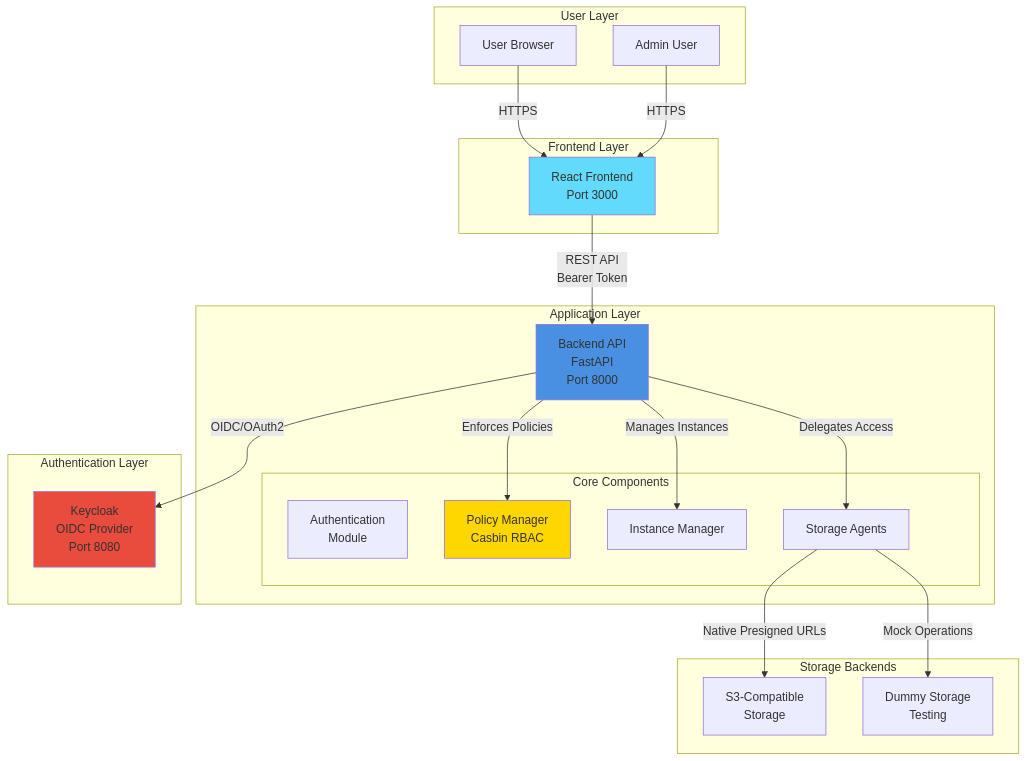
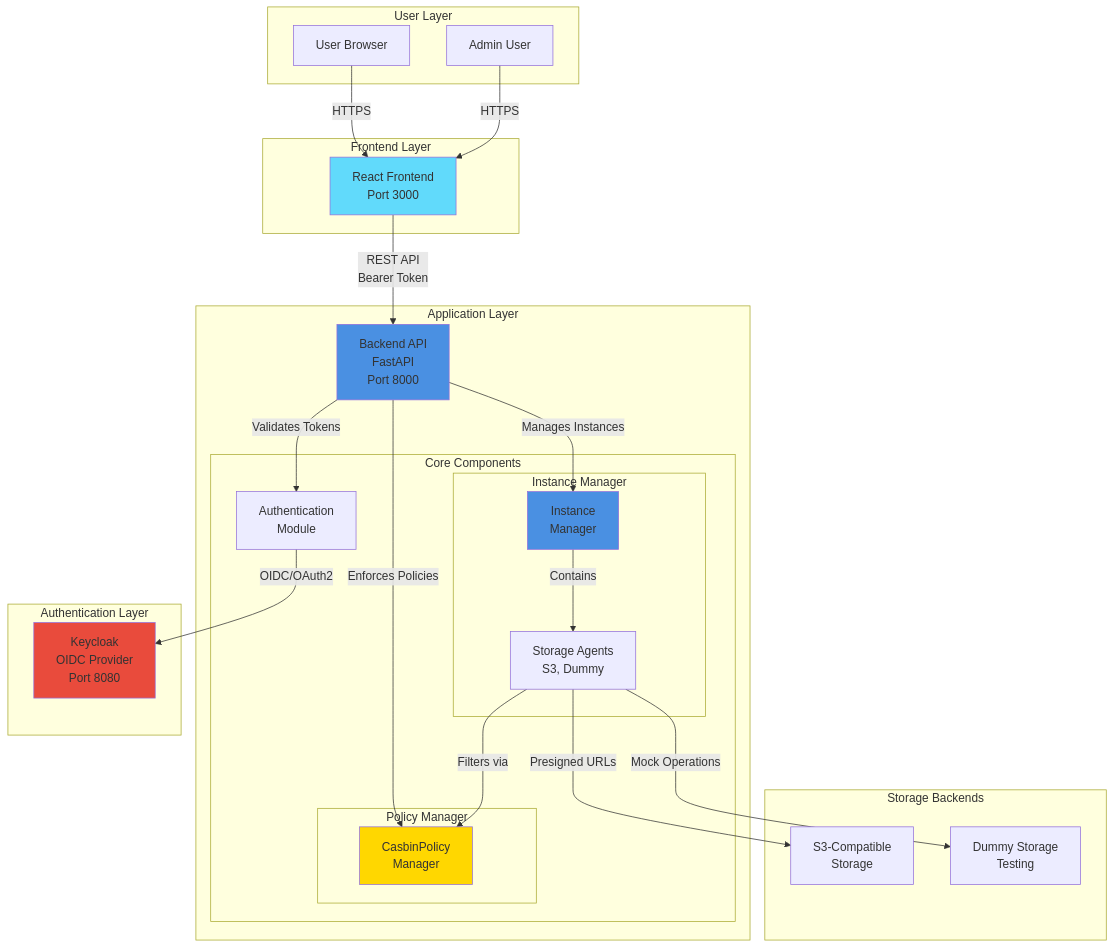
Before and after one commit to INN-SFU/Data-Portal: the first of 5 diagrams in docs/diagrams/component-architecture.md, drawn with Mermaid. The commit also changed other lines of this file and 2 other files, not shown here.

Commit message:
docs: diagram updates

````diff
--- a/docs/diagrams/component-architecture.md
+++ b/docs/diagrams/component-architecture.md
@@ -7,46 +7,55 @@
 ```mermaid
 graph TB
     subgraph "User Layer"
         User[User Browser]
         Admin[Admin User]
     end
 
     subgraph "Frontend Layer"
         ReactUI[React Frontend<br/>Port 3000]
     end
 
     subgraph "Application Layer"
         Backend[Backend API<br/>FastAPI<br/>Port 8000]
 
         subgraph "Core Components"
             Auth[Authentication<br/>Module]
-            Policy[Policy Manager<br/>Casbin RBAC]
-            Instance[Instance Manager]
-            Storage[Storage Agents]
+
+            subgraph "Policy Manager"
+                Policy[CasbinPolicy<br/>Manager]
+            end
+
+            subgraph "Instance Manager"
+                Instance[Instance<br/>Manager]
+                Storage[Storage Agents<br/>S3, Dummy]
+            end
         end
     end
 
     subgraph "Authentication Layer"
         Keycloak[Keycloak<br/>OIDC Provider<br/>Port 8080]
     end
 
     subgraph "Storage Backends"
         S3[S3-Compatible<br/>Storage]
         Dummy[Dummy Storage<br/>Testing]
     end
 
     User -->|HTTPS| ReactUI
     Admin -->|HTTPS| ReactUI
     ReactUI -->|REST API<br/>Bearer Token| Backend
-    Backend -->|OIDC/OAuth2| Keycloak
+    Backend -->|Validates Tokens| Auth
+    Auth -->|OIDC/OAuth2| Keycloak
     Backend -->|Enforces Policies| Policy
     Backend -->|Manages Instances| Instance
-    Backend -->|Delegates Access| Storage
-    Storage -->|Native Presigned URLs| S3
+    Instance -->|Contains| Storage
+    Storage -->|Filters via| Policy
+    Storage -->|Presigned URLs| S3
     Storage -->|Mock Operations| Dummy
 
     style Backend fill:#4A90E2
     style Keycloak fill:#E94B3C
     style ReactUI fill:#61DAFB
     style Policy fill:#FFD700
+    style Instance fill:#4A90E2
 ```
````
